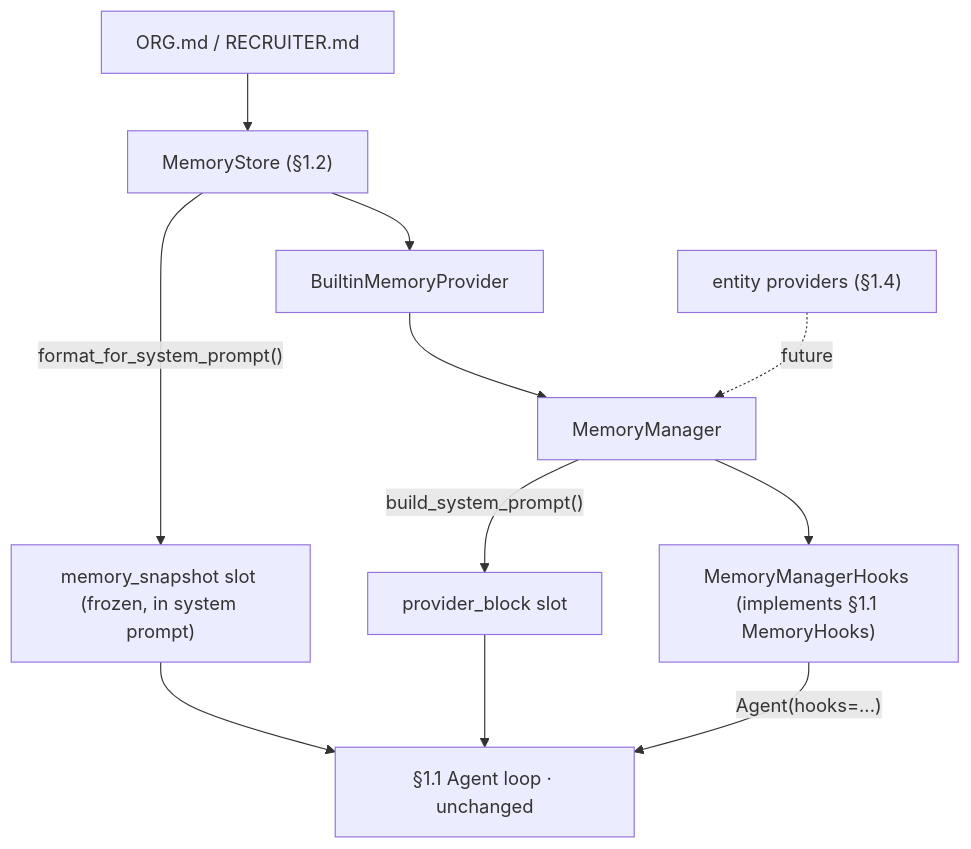
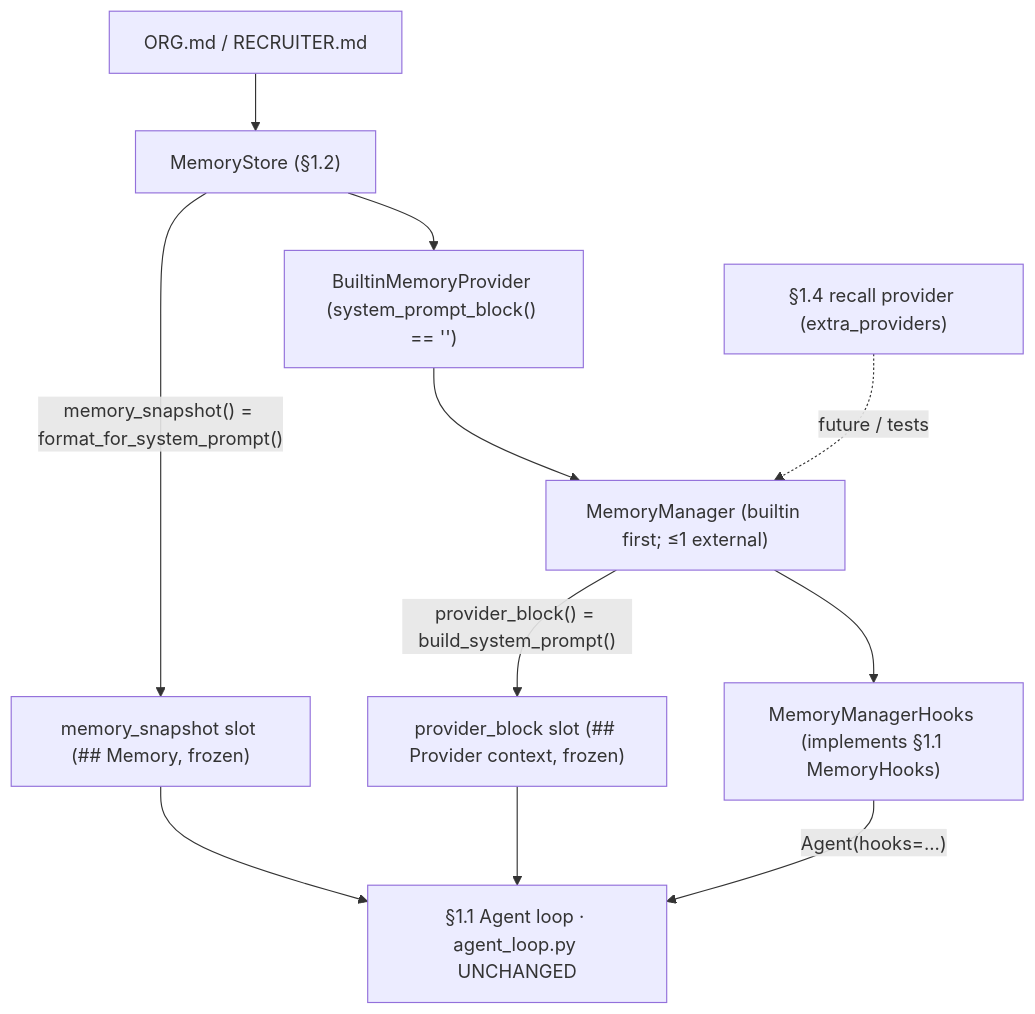
The first of 2 diagrams in site/devlog/p0-1.3-memory-provider-manager-EN.md (Ruihang2017/Jobpin-Agent), drawn with Mermaid before and after one commit. The commit also changed other lines of this file and 5 other files, not shown here.

````diff
--- a/site/devlog/p0-1.3-memory-provider-manager-EN.md
+++ b/site/devlog/p0-1.3-memory-provider-manager-EN.md
@@ -27,13 +287,13 @@
 ```mermaid
 flowchart TD
     F["ORG.md / RECRUITER.md"] --> STORE["MemoryStore (§1.2)"]
-    STORE -->|"format_for_system_prompt()"| SNAP["memory_snapshot slot (frozen, in system prompt)"]
-    STORE --> BP["BuiltinMemoryProvider"]
-    BP --> MGR["MemoryManager"]
-    X4["entity providers (§1.4)"] -. "future" .-> MGR
-    MGR -->|"build_system_prompt()"| PB["provider_block slot"]
+    STORE -->|"memory_snapshot() = format_for_system_prompt()"| SNAP["memory_snapshot slot (## Memory, frozen)"]
+    STORE --> BP["BuiltinMemoryProvider (system_prompt_block() == '')"]
+    BP --> MGR["MemoryManager (builtin first; ≤1 external)"]
+    X4["§1.4 recall provider (extra_providers)"] -. "future / tests" .-> MGR
+    MGR -->|"provider_block() = build_system_prompt()"| PB["provider_block slot (## Provider context, frozen)"]
     MGR --> HK["MemoryManagerHooks (implements §1.1 MemoryHooks)"]
-    SNAP --> LOOP["§1.1 Agent loop · unchanged"]
+    SNAP --> LOOP["§1.1 Agent loop · agent_loop.py UNCHANGED"]
     PB --> LOOP
     HK -->|"Agent(hooks=...)"| LOOP
 ```
````
